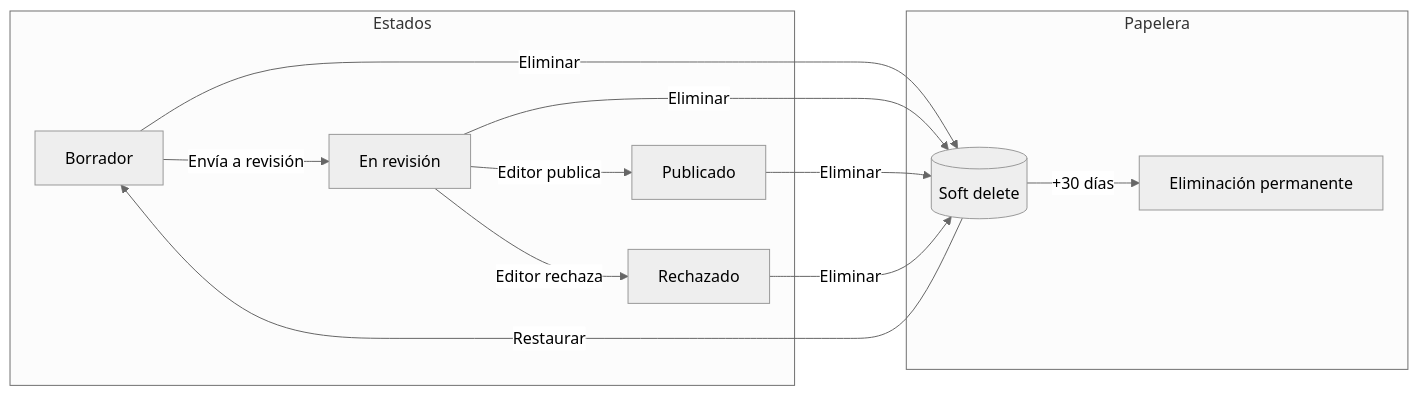
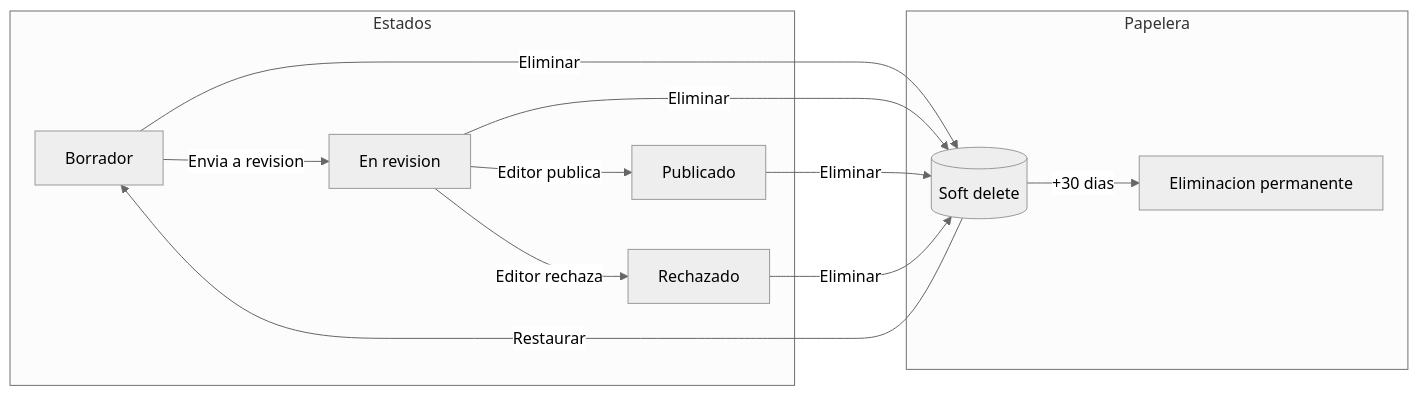
One commit to Erick1528/revista-mundo-real changed the second of 7 diagrams in README.md. Above: the diagram before and after it, drawn with Mermaid (neutral theme). The commit also changed other lines of this file, not shown here.

Commit message:
chore: update README diagrams for improved clarity and consistency, correcting labels and enhancing visual structure

````diff
--- a/README.md
+++ b/README.md
@@ -52,24 +52,24 @@
 ```mermaid
-flowchart LR
-  subgraph estados["Estados"]
+graph LR
+  subgraph estados[Estados]
     B[Borrador]
-    R[En revisión]
+    R[En revision]
     P[Publicado]
     D[Rechazado]
   end
 
-  B -->|"Envía a revisión"| R
-  R -->|"Editor publica"| P
-  R -->|"Editor rechaza"| D
+  B -->|Envia a revision| R
+  R -->|Editor publica| P
+  R -->|Editor rechaza| D
 
-  subgraph papelera["Papelera"]
+  subgraph papelera[Papelera]
     T[(Soft delete)]
-    T -->|"Restaurar"| B
-    T -->|"+30 días"| E[Eliminación permanente]
+    T -->|Restaurar| B
+    T -->|+30 dias| E[Eliminacion permanente]
   end
 
-  B -->|"Eliminar"| T
-  R -->|"Eliminar"| T
-  P -->|"Eliminar"| T
-  D -->|"Eliminar"| T
+  B -->|Eliminar| T
+  R -->|Eliminar| T
+  P -->|Eliminar| T
+  D -->|Eliminar| T
 ```
````
